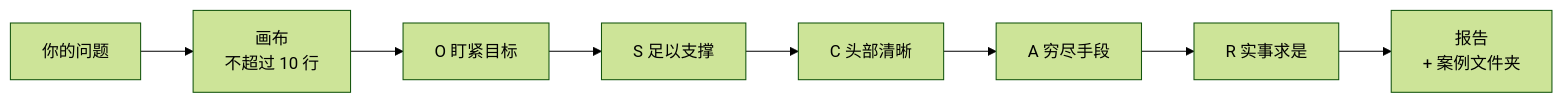
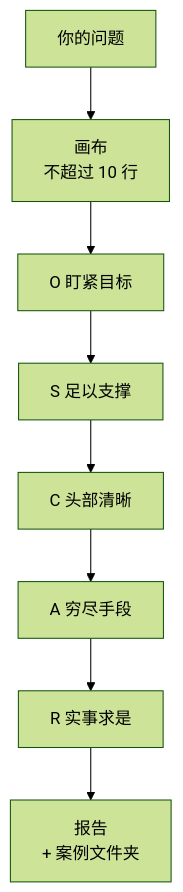
The diagram in README.md (ricober33/oscar-research), drawn with Mermaid (forest theme) before and after one commit.

Commit message:
说明页：流程图改为竖排，窄屏也能看清

````diff
--- a/README.md
+++ b/README.md
@@ -148,10 +148,10 @@
 ```mermaid
-flowchart LR
+flowchart TD
     Q["你的问题"] --> P["画布<br/>不超过 10 行"]
     P --> O["O 盯紧目标"]
     O --> S["S 足以支撑"]
     S --> C["C 头部清晰"]
     C --> A["A 穷尽手段"]
     A --> R["R 实事求是"]
     R --> D["报告<br/>+ 案例文件夹"]
 ```
````
